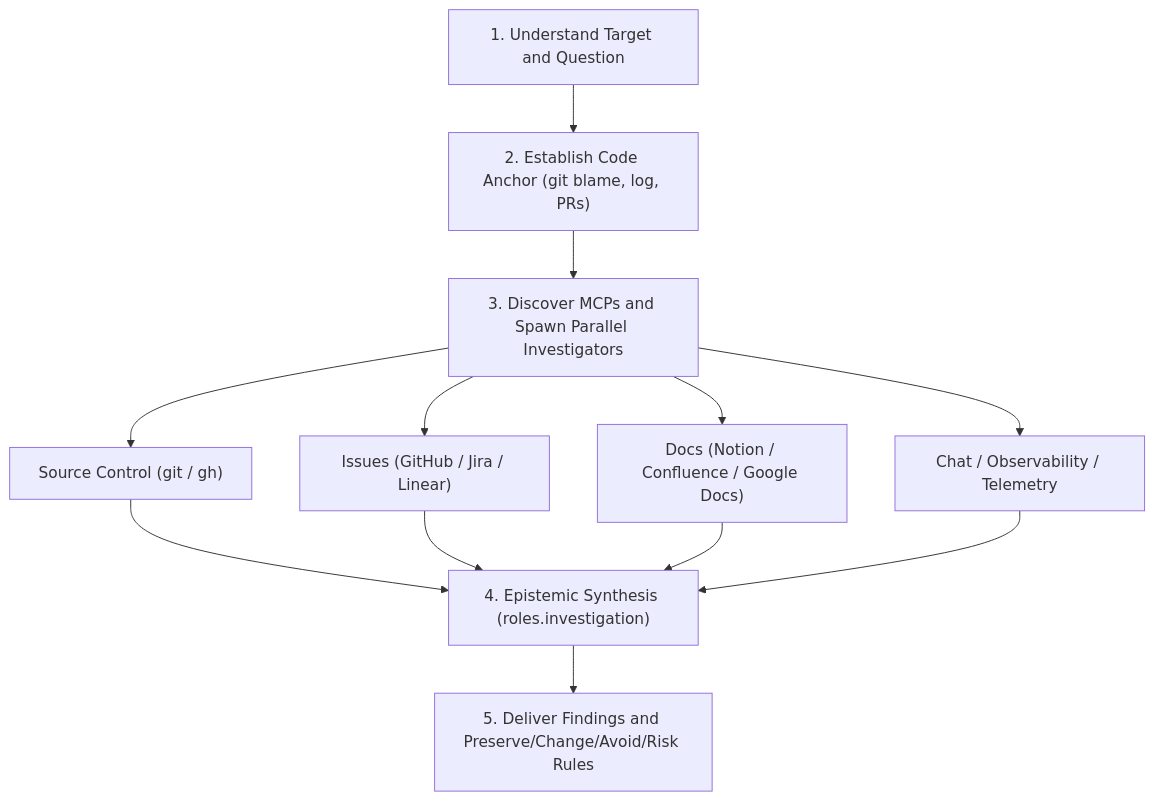
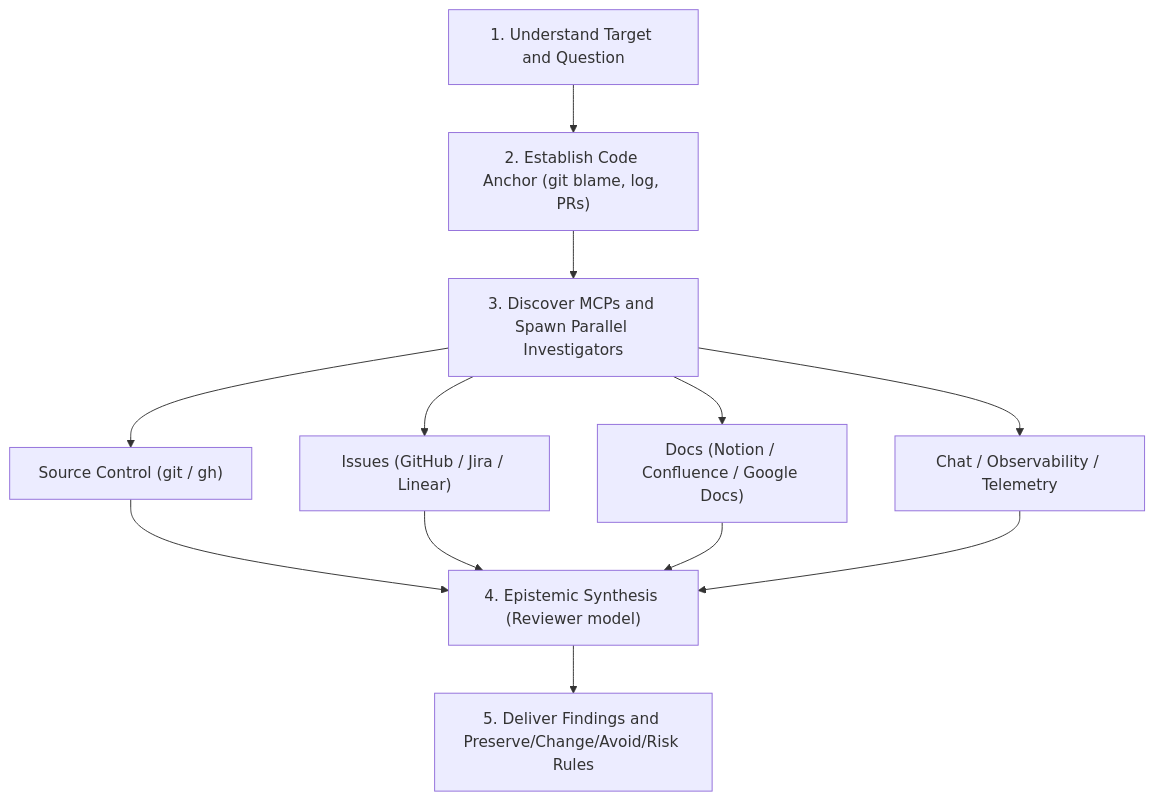
Before and after one commit to sirius-cc-wu/sirius-skills: the diagram in skills/why/SKILL.md, drawn with Mermaid. The commit also changed other lines of this file and 3 other files, not shown here.

````diff
--- a/skills/why/SKILL.md
+++ b/skills/why/SKILL.md
@@ -57,14 +57,14 @@
 ```mermaid
 flowchart TD
     Q["1. Understand Target and Question"] --> Anchor["2. Establish Code Anchor (git blame, log, PRs)"]
     Anchor --> Cat["3. Discover MCPs and Spawn Parallel Investigators"]
     Cat --> Inv1["Source Control (git / gh)"]
     Cat --> Inv2["Issues (GitHub / Jira / Linear)"]
     Cat --> Inv3["Docs (Notion / Confluence / Google Docs)"]
     Cat --> Inv4["Chat / Observability / Telemetry"]
-    Inv1 --> Synth["4. Epistemic Synthesis (roles.investigation)"]
+    Inv1 --> Synth["4. Epistemic Synthesis (Reviewer model)"]
     Inv2 --> Synth
     Inv3 --> Synth
     Inv4 --> Synth
     Synth --> Deliver["5. Deliver Findings and Preserve/Change/Avoid/Risk Rules"]
 ```
````
